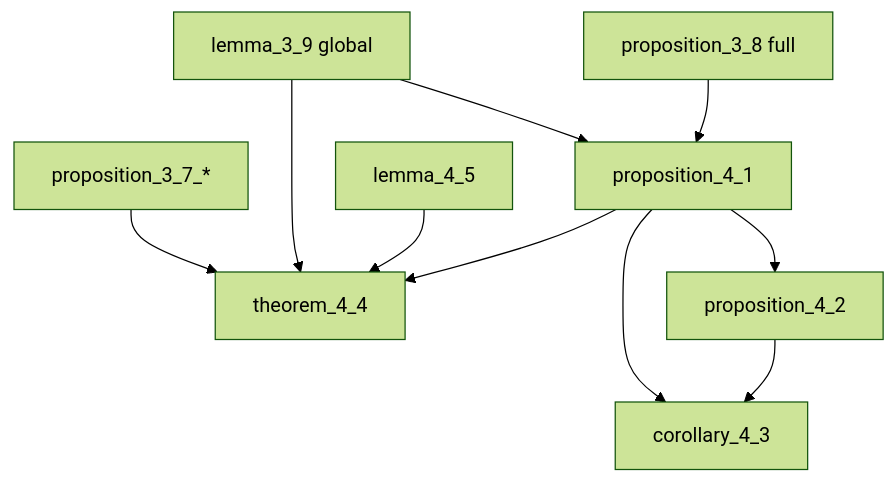
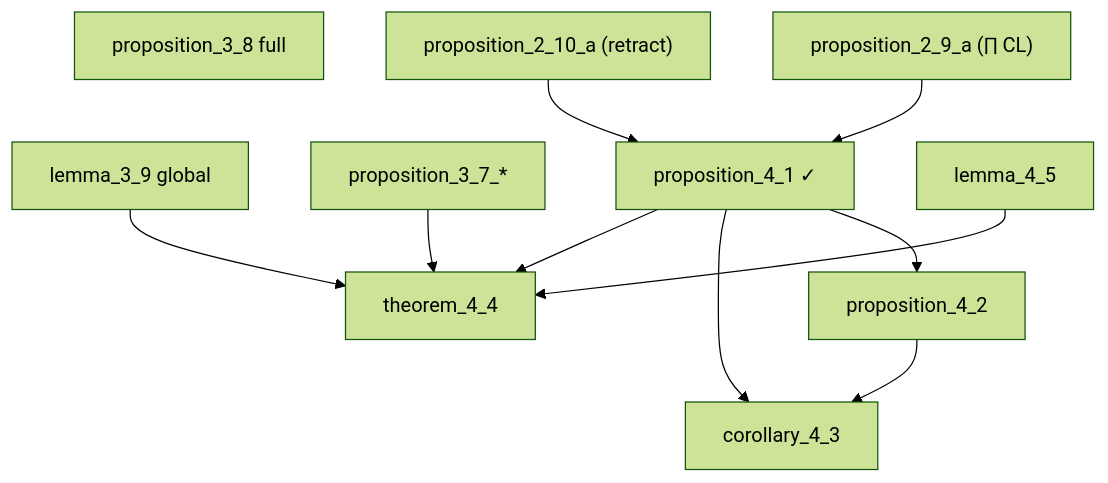
Before and after one commit to catskillsresearch/domain_theory: the sixth of 8 diagrams in arxiv.md, drawn with Mermaid (forest theme). The commit also changed other lines of this file and 2 other files, not shown here.

First line of the commit message:
feat(InverseLimits): prove Proposition 4.1 — inverse limit of projections is a continuous lattice

````diff
--- a/arxiv.md
+++ b/arxiv.md
@@ -386,21 +386,23 @@
 ```mermaid
 flowchart TD
   P38["proposition_3_8 full"]
   L39["lemma_3_9 global"]
   P37["proposition_3_7_*"]
-  P41["proposition_4_1"]
+  P29a["proposition_2_9_a (∏ CL)"]
+  P210a["proposition_2_10_a (retract)"]
+  P41["proposition_4_1 ✓"]
   P42["proposition_4_2"]
   C43["corollary_4_3"]
   L45["lemma_4_5"]
   T44["theorem_4_4"]
 
-  P38 --> P41
-  L39 --> P41
+  P29a --> P41
+  P210a --> P41
   P41 --> P42
   P41 --> C43
   P42 --> C43
   P41 --> T44
   P37 --> T44
   L45 --> T44
   L39 --> T44
 ```
````
